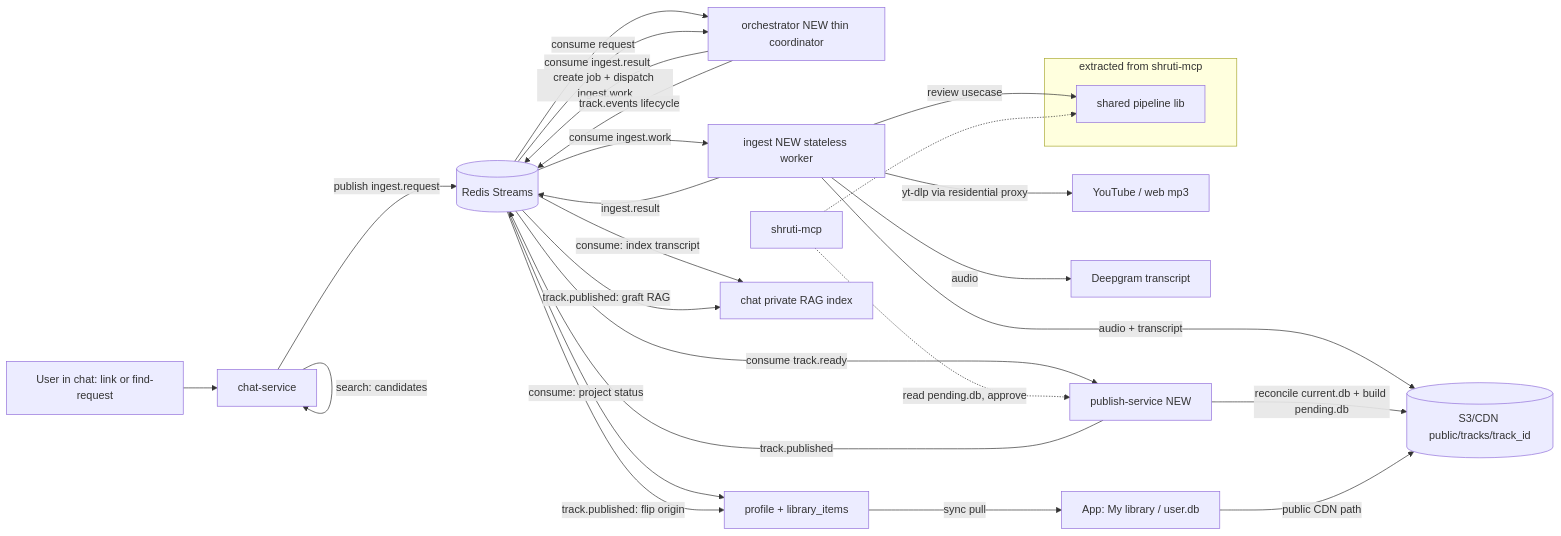
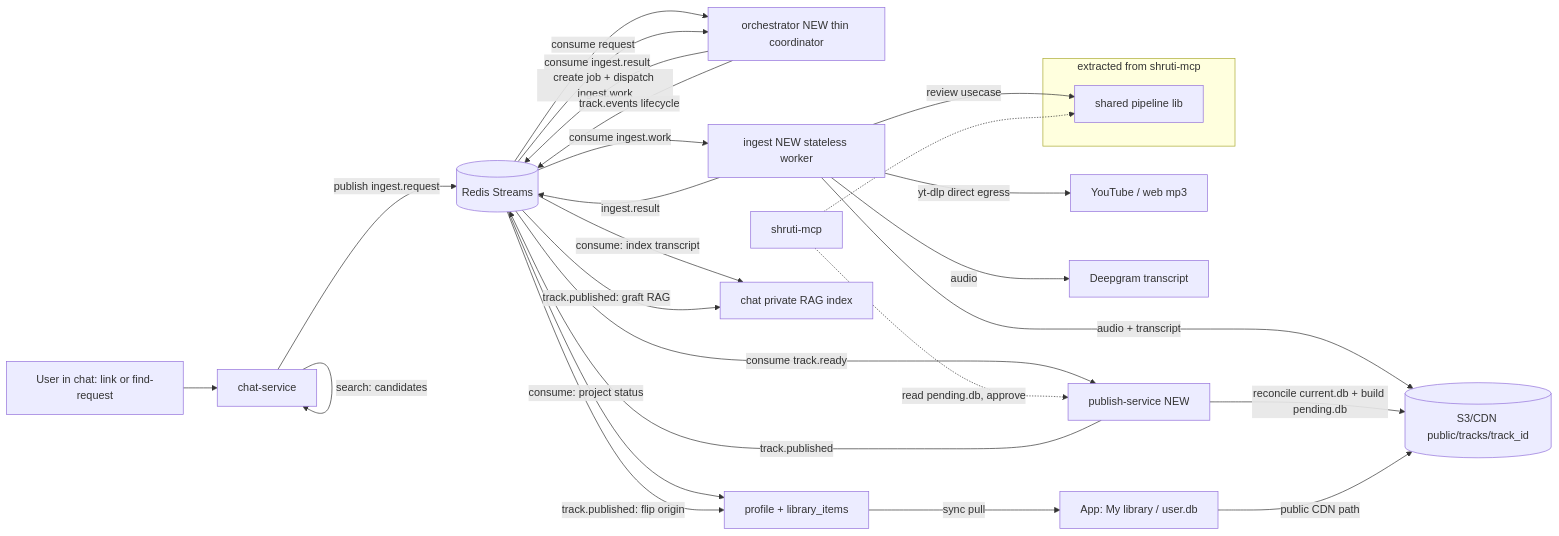
One commit to jiva-studio/shruti changed the first of 3 diagrams in docs/repos/shruti/architecture/personal-library.md. Above: the diagram before and after it, drawn with Mermaid. The commit also changed other lines of this file and 1 other file, not shown here.

First line of the commit message:
docs(personal-library): observability, deploy corrections, proxy question closed

````diff
--- a/docs/repos/shruti/architecture/personal-library.md
+++ b/docs/repos/shruti/architecture/personal-library.md
@@ -18,31 +18,31 @@
 ```mermaid
 graph LR
     U[User in chat: link or find-request] --> CH[chat-service]
     CH -->|search: candidates| CH
     CH -->|publish ingest.request| EV[(Redis Streams)]
     EV -->|consume request| ORC[orchestrator NEW thin coordinator]
     ORC -->|create job + dispatch ingest.work| EV
     EV -->|consume ingest.work| ING[ingest NEW stateless worker]
-    ING -->|yt-dlp via residential proxy| NET[YouTube / web mp3]
+    ING -->|yt-dlp direct egress| NET[YouTube / web mp3]
     ING -->|audio| DG[Deepgram transcript]
     ING -->|review usecase| SHARED[shared pipeline lib]
     ING -->|audio + transcript| S3[(S3/CDN public/tracks/track_id)]
     ING -->|ingest.result| EV
     EV -->|consume ingest.result| ORC
     ORC -->|track.events lifecycle| EV
     EV -->|consume: project status| PR[profile + library_items]
     EV -->|consume: index transcript| CIDX[chat private RAG index]
     EV -->|consume track.ready| PUB[publish-service NEW]
     PUB -->|reconcile current.db + build pending.db| S3
     PUB -->|track.published| EV
     EV -->|track.published: flip origin| PR
     EV -->|track.published: graft RAG| CIDX
     PR -->|sync pull| APP[App: My library / user.db]
     APP -->|public CDN path| S3
 
     subgraph reuse[extracted from shruti-mcp]
         SHARED
     end
     MCP[shruti-mcp] -.-> SHARED
     MCP -.->|read pending.db, approve| PUB
 ```
````
